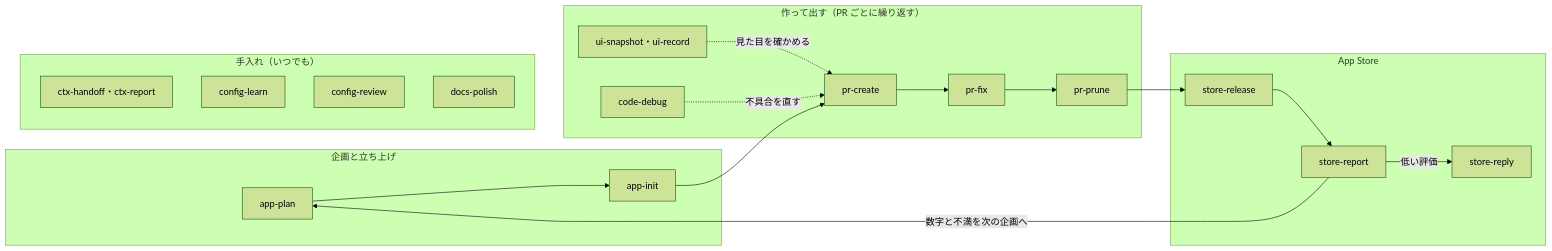
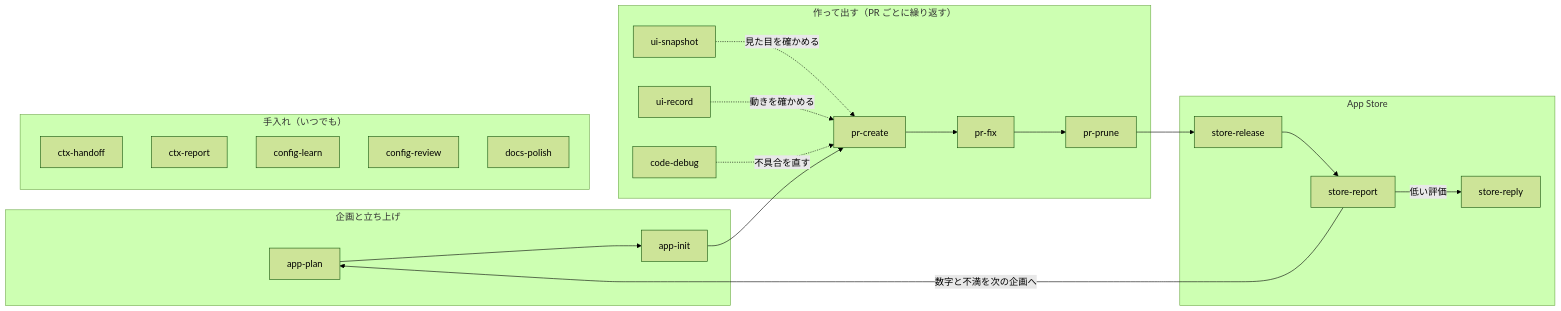
Before and after one commit to yossibank/claude-config: the diagram in docs/skills.md, drawn with Mermaid (forest theme). The commit also changed other lines of this file and 39 other files, not shown here.

````diff
--- a/docs/skills.md
+++ b/docs/skills.md
@@ -13,25 +13,27 @@
 ```mermaid
 flowchart LR
     subgraph plan["企画と立ち上げ"]
         appPlan["app-plan"] --> appInit["app-init"]
     end
     subgraph build["作って出す（PR ごとに繰り返す）"]
-        ui["ui-snapshot・ui-record"] -.->|見た目を確かめる| prCreate["pr-create"]
+        uiSnapshot["ui-snapshot"] -.->|見た目を確かめる| prCreate["pr-create"]
+        uiRecord["ui-record"] -.->|動きを確かめる| prCreate
         codeDebug["code-debug"] -.->|不具合を直す| prCreate
         prCreate --> prFix["pr-fix"]
         prFix --> prPrune["pr-prune"]
     end
     subgraph store["App Store"]
         storeRelease["store-release"] --> storeReport["store-report"]
         storeReport -->|低い評価| storeReply["store-reply"]
     end
     subgraph care["手入れ（いつでも）"]
-        ctx["ctx-handoff・ctx-report"]
+        ctxHandoff["ctx-handoff"]
+        ctxReport["ctx-report"]
         configLearn["config-learn"]
         configReview["config-review"]
         docsPolish["docs-polish"]
     end
     appInit --> prCreate
     prPrune --> storeRelease
     storeReport -->|数字と不満を次の企画へ| appPlan
 ```
````
